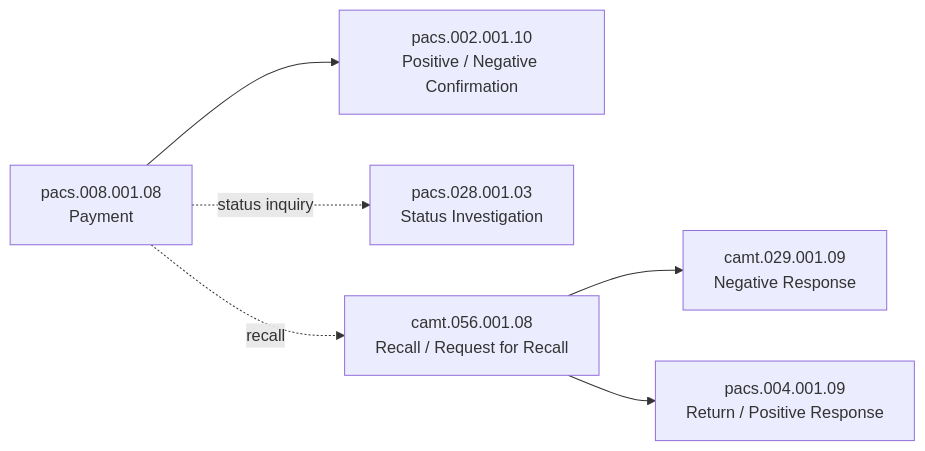
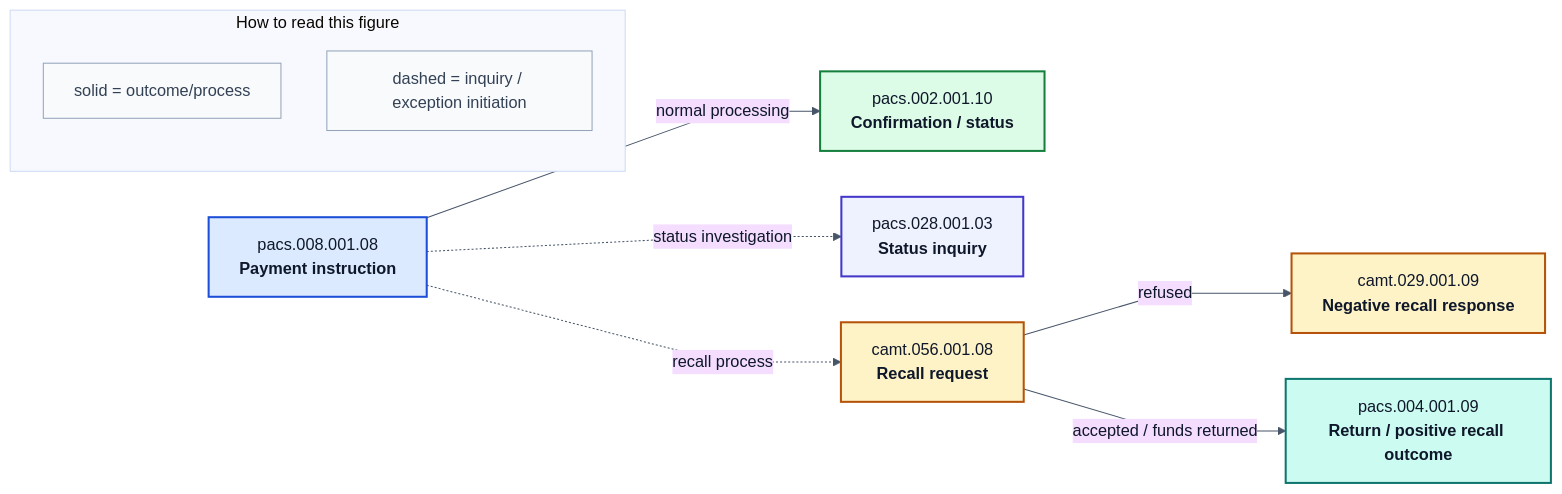
Before and after one commit to zdmooc/wero-epi-reference-architecture-handbook: the diagram in diagrams/mermaid/FIG-05-001-iso20022-sctinst-message-map.mmd, drawn with Mermaid. The commit also changed 8 other files, not shown here.

Commit message:
visual: establish V1 design system and prepare 8 hero figures

```diff
--- a/diagrams/mermaid/FIG-05-001-iso20022-sctinst-message-map.mmd
+++ b/diagrams/mermaid/FIG-05-001-iso20022-sctinst-message-map.mmd
@@ -1,19 +1,35 @@
 %% title: SCT Inst ISO 20022 message map — 2025 IG
 %% view: message-map
 %% truth_level: PUBLIC_VERIFIED
-%% last_verified: 2026-09-28
+%% last_verified: 2026-09-29
 %% sources: EPC SCT Inst Inter-PSP IG 2025 V1.0
+%% related_chapter: book/05-iso20022/01-iso20022-reference.md
+%% visual_system: V1
+%% layout: hero-landscape
 
+%%{init: {"theme":"base","flowchart":{"curve":"linear","nodeSpacing":45,"rankSpacing":55},"themeVariables":{"fontFamily":"Arial, sans-serif","fontSize":"16px","lineColor":"#475569","primaryTextColor":"#0F172A"}}}%%
 flowchart LR
-    P8[pacs.008.001.08<br/>Payment]
-    P2[pacs.002.001.10<br/>Positive / Negative Confirmation]
-    P28[pacs.028.001.03<br/>Status Investigation]
-    C56[camt.056.001.08<br/>Recall / Request for Recall]
-    C29[camt.029.001.09<br/>Negative Response]
-    P4[pacs.004.001.09<br/>Return / Positive Response]
+    P8["pacs.008.001.08<br/><b>Payment instruction</b>"]:::payment
+    P2["pacs.002.001.10<br/><b>Confirmation / status</b>"]:::status
+    P28["pacs.028.001.03<br/><b>Status inquiry</b>"]:::inquiry
+    C56["camt.056.001.08<br/><b>Recall request</b>"]:::exception
+    C29["camt.029.001.09<br/><b>Negative recall response</b>"]:::exception
+    P4["pacs.004.001.09<br/><b>Return / positive recall outcome</b>"]:::return
 
-    P8 --> P2
-    P8 -. status inquiry .-> P28
-    P8 -. recall .-> C56
-    C56 --> C29
-    C56 --> P4
+    P8 -->|"normal processing"| P2
+    P8 -. "status investigation" .-> P28
+    P8 -. "recall process" .-> C56
+    C56 -->|"refused"| C29
+    C56 -->|"accepted / funds returned"| P4
+
+    subgraph L["How to read this figure"]
+      X1["solid = outcome/process"]:::legend
+      X2["dashed = inquiry / exception initiation"]:::legend
+    end
+
+    classDef payment fill:#DBEAFE,stroke:#1D4ED8,color:#0F172A,stroke-width:2px;
+    classDef status fill:#DCFCE7,stroke:#15803D,color:#0F172A,stroke-width:2px;
+    classDef inquiry fill:#EEF2FF,stroke:#4338CA,color:#0F172A,stroke-width:2px;
+    classDef exception fill:#FEF3C7,stroke:#B45309,color:#0F172A,stroke-width:2px;
+    classDef return fill:#CCFBF1,stroke:#0F766E,color:#0F172A,stroke-width:2px;
+    classDef legend fill:#F8FAFC,stroke:#94A3B8,color:#334155,stroke-width:1px;
```
